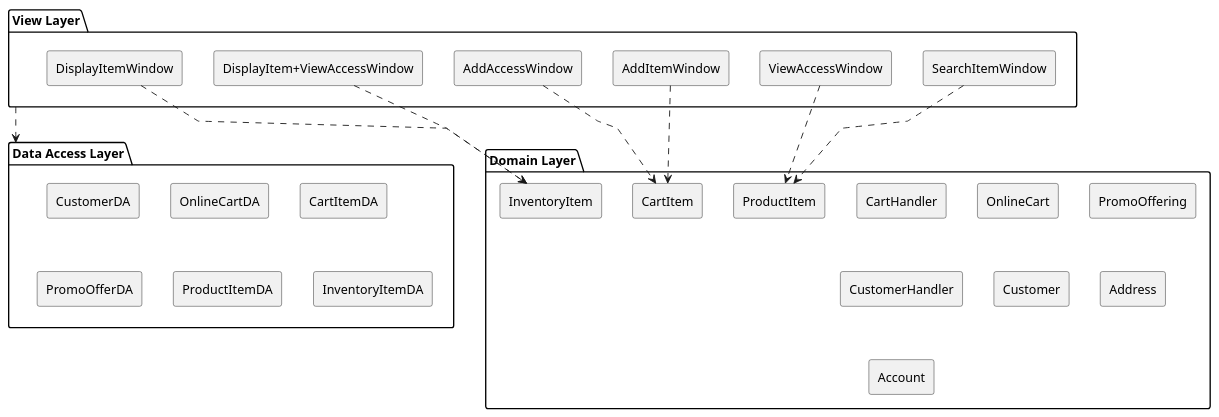
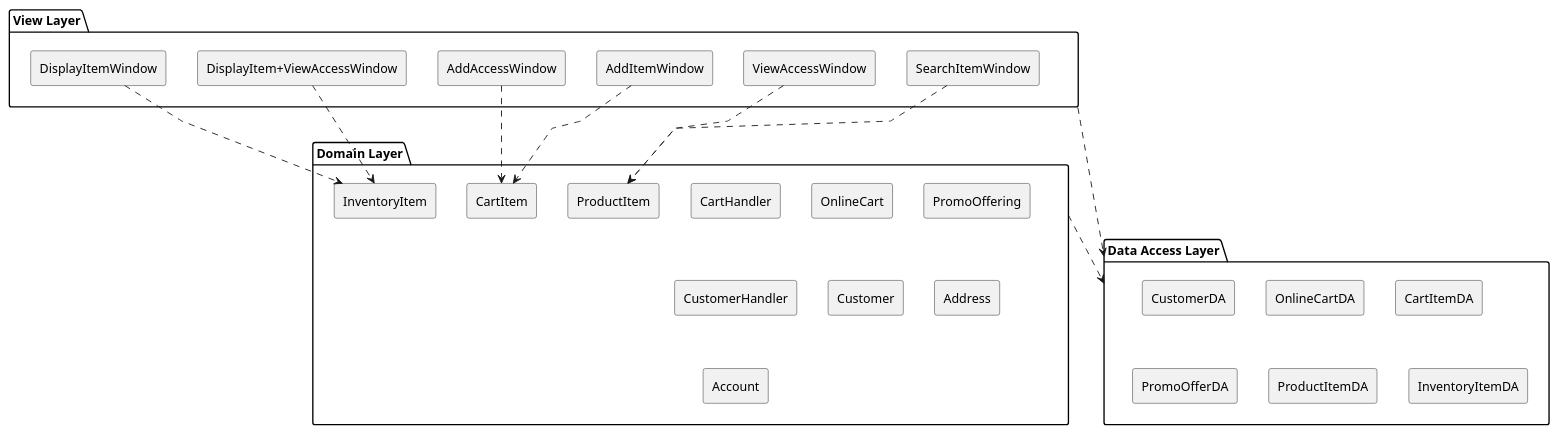
One commit to mhwdvs/plantuml-templates changed the diagram in templates/packageDiagram.puml. Above: the diagram before and after it, drawn with PlantUML.

Commit message:
Update package diagram

```diff
--- a/templates/packageDiagram.puml
+++ b/templates/packageDiagram.puml
@@ -1,46 +1,47 @@
 @startuml Package Diagram
 skinparam linetype polyline
 'skinparam linetype ortho
 top to bottom direction
 ' ------ TEMPLATE STARTS HERE ------
 '/'
 package "View Layer" as vl {
     rectangle SearchItemWindow
     rectangle ViewAccessWindow
     rectangle AddItemWindow
     rectangle AddAccessWindow
     rectangle "DisplayItem+ViewAccessWindow" as dipvaw
     rectangle DisplayItemWindow
 }
 package "Domain Layer" as dl {
     rectangle CartHandler
     rectangle OnlineCart
     rectangle CartItem
     rectangle PromoOffering
     rectangle ProductItem
     rectangle CustomerHandler
     rectangle Customer
     rectangle Address
     rectangle Account
     rectangle InventoryItem
 }
 package "Data Access Layer" as dal {
     rectangle CustomerDA
     rectangle OnlineCartDA
     rectangle CartItemDA
     rectangle PromoOfferDA
     rectangle ProductItemDA
     rectangle InventoryItemDA
 }
 
 vl -[dashed]-> dal
+dl -[dashed]-> dal
 
 AddItemWindow -[dashed]-> CartItem
 AddAccessWindow -[dashed]-> CartItem
 SearchItemWindow -[dashed]-> ProductItem
 ViewAccessWindow -[dashed]-> ProductItem
 dipvaw -[dashed]-> InventoryItem
 DisplayItemWindow -[dashed]-> InventoryItem
 '/
 
 @enduml
```
